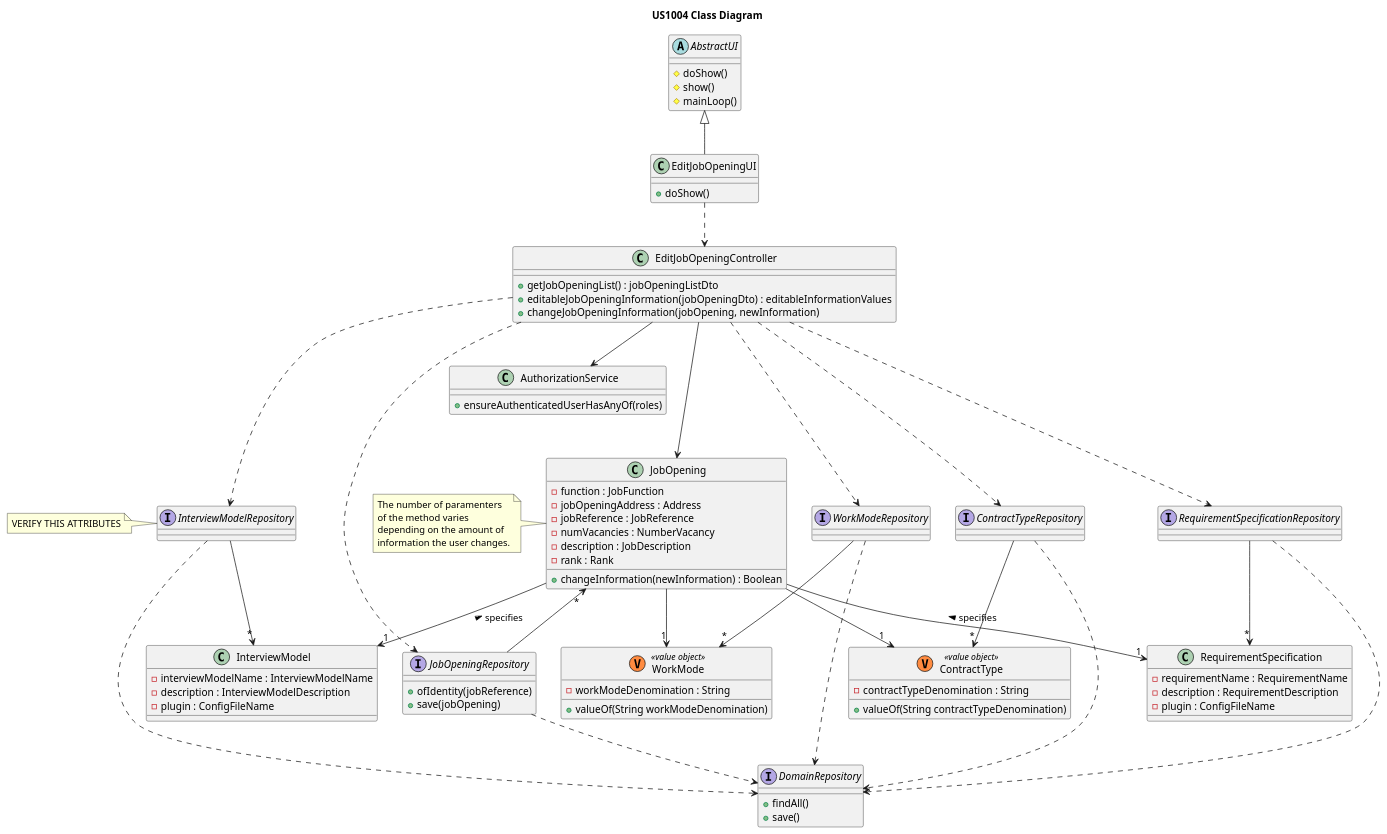
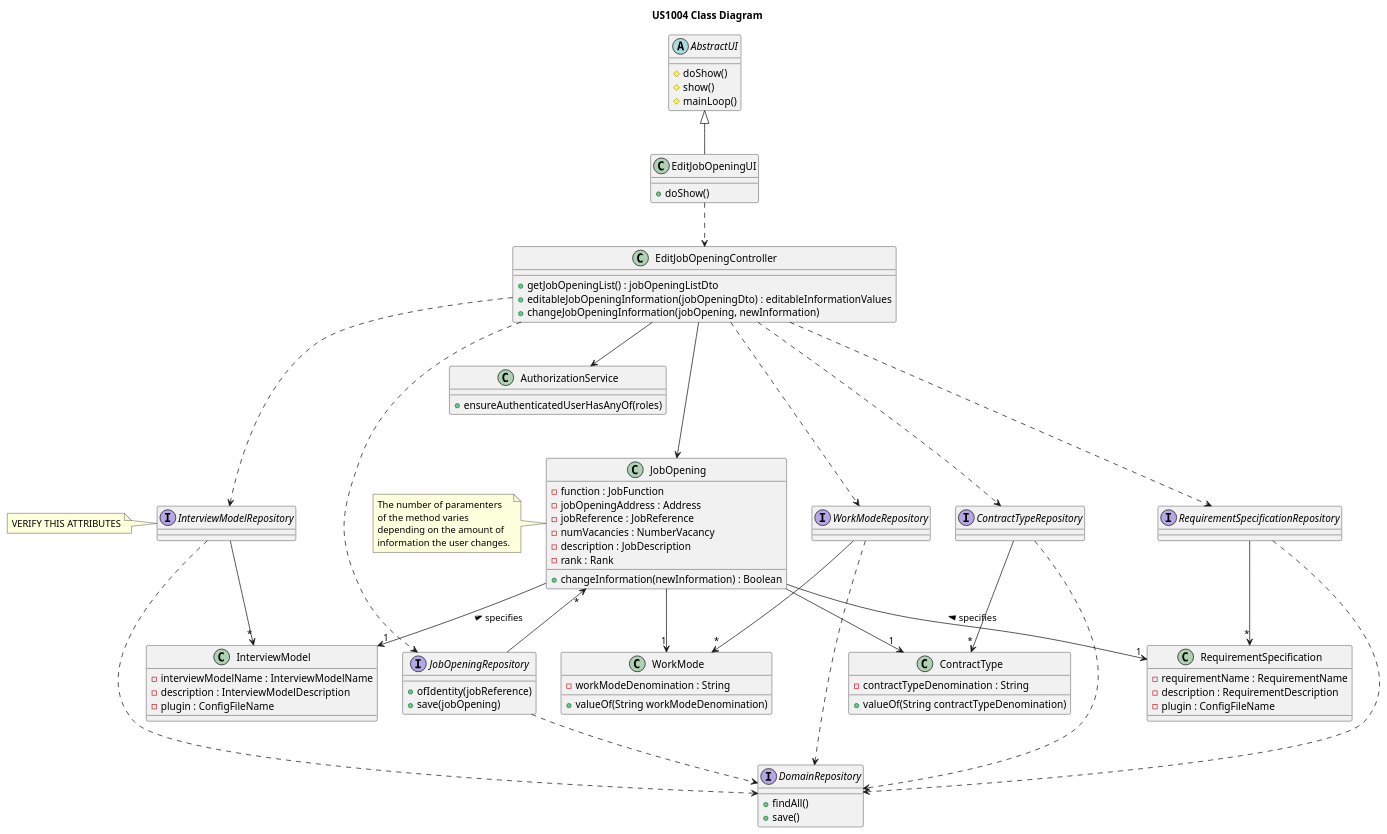
Before and after one commit to rita-barbosa/LAPR4-2324: the diagram in docs/sprint-c/us_1004/design-diagrams/class-diagram.puml, drawn with PlantUML. The commit also changed 6 other files, not shown here.

Commit message:
docs: updates sequence and class diagram of us1004. [closes #249]

```diff
--- a/docs/sprint-c/us_1004/design-diagrams/class-diagram.puml
+++ b/docs/sprint-c/us_1004/design-diagrams/class-diagram.puml
@@ -1,148 +1,148 @@
 @startuml
 'https://plantuml.com/class-diagram
 
 title US1004 Class Diagram
 
 
 
 abstract class AbstractUI {
     # doShow()
     # show()
     # mainLoop()
 }
 
 
 class EditJobOpeningUI {
 + doShow()
 }
 
 class EditJobOpeningController  {
 + getJobOpeningList() : jobOpeningListDto
 + editableJobOpeningInformation(jobOpeningDto) : editableInformationValues
 + changeJobOpeningInformation(jobOpening, newInformation)
 }
 
 'Requirements
 class RequirementSpecification {
 - requirementName : RequirementName
 - description : RequirementDescription
 - plugin : ConfigFileName
 }
 
 'Interview
 class InterviewModel {
 - interviewModelName : InterviewModelName
 - description : InterviewModelDescription
 - plugin : ConfigFileName
 }
 
 class InterviewModelRepository {
 
 }
 
 
 
 
 note left
 VERIFY THIS ATTRIBUTES
 end note
 
 class AuthorizationService {
 + ensureAuthenticatedUserHasAnyOf(roles)
 }
 
 ''Address
 'class Address <<(V,#FF8B40) value object>> {
 '-  streetName : String
 '-  city : String
 '-  district : String
 '-  state : String
 '-  zipcode :String
 '+ valueOf()
 '}
 
 'Job Opening
 class JobOpening  {
 - function : JobFunction
 - jobOpeningAddress : Address
 - jobReference : JobReference
 - numVacancies : NumberVacancy
 - description : JobDescription
 - rank : Rank
 + changeInformation(newInformation) : Boolean
 }
 
 note left
 The number of paramenters
 of the method varies
 depending on the amount of
 information the user changes.
 end note
 
 
-class WorkMode<<(V,#FF8B40) value object>> {
+class WorkMode {
 -  workModeDenomination : String
 + valueOf(String workModeDenomination)
 }
 
-class ContractType <<(V,#FF8B40) value object>> {
+class ContractType  {
 - contractTypeDenomination : String
 + valueOf(String contractTypeDenomination)
 }
 
 interface JobOpeningRepository {
 + ofIdentity(jobReference)
 + save(jobOpening)
 }
 
 interface WorkModeRepository {
 }
 
 interface ContractTypeRepository {
 }
 
 interface InterviewModelRepository {
 }
 
 interface RequirementSpecificationRepository {
 }
 
 interface DomainRepository {
 + findAll()
 + save()
 }
 
 AbstractUI <|-- EditJobOpeningUI
 EditJobOpeningUI .-> EditJobOpeningController
 EditJobOpeningController --> AuthorizationService
 EditJobOpeningController .--> JobOpeningRepository
 EditJobOpeningController .--> WorkModeRepository
 EditJobOpeningController .--> ContractTypeRepository
 EditJobOpeningController .--> RequirementSpecificationRepository
 EditJobOpeningController .--> InterviewModelRepository
 
 EditJobOpeningController --> JobOpening
 JobOpening "*" <-- JobOpeningRepository
 
 JobOpening --> "1" WorkMode
 JobOpening --> "1" ContractType
 
 
 
 
 RequirementSpecification "1" <-up- JobOpening : specifies >
 InterviewModel "1" <-up- JobOpening : specifies >
 
 WorkModeRepository -->  "*" WorkMode
 RequirementSpecificationRepository -->  "*" RequirementSpecification
 InterviewModelRepository -->  "*" InterviewModel
 ContractTypeRepository -->  "*" ContractType
 
 
 JobOpeningRepository .-> DomainRepository
 ContractTypeRepository .-> DomainRepository
 InterviewModelRepository .-> DomainRepository
 RequirementSpecificationRepository .-> DomainRepository
 WorkModeRepository .--> DomainRepository
 
 @enduml
```
